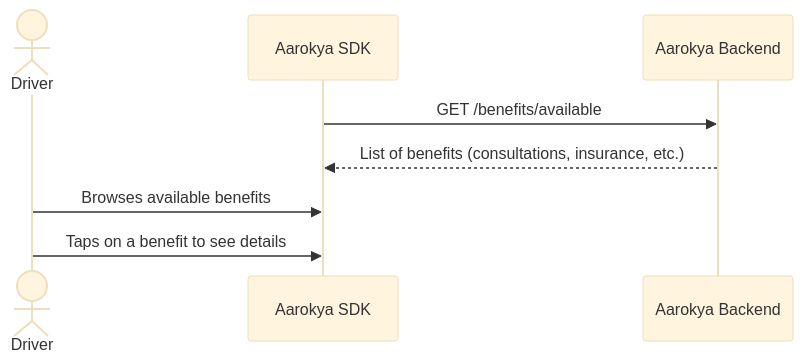
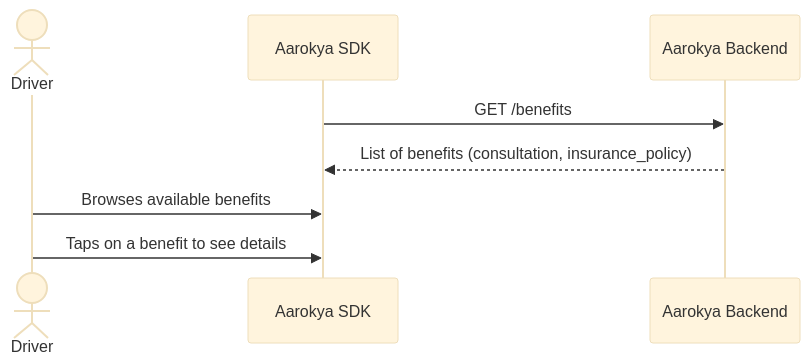
One commit to anu19981/aarokya-backend changed the fourth of 11 diagrams in api-reference/architecture/screen-flows.mdx. Above: the diagram before and after it, drawn with Mermaid (base theme). The commit also changed other lines of this file and 82 other files, not shown here.

Commit message:
sync: update api-reference from aarokya-agentic-app

````diff
--- a/api-reference/architecture/screen-flows.mdx
+++ b/api-reference/architecture/screen-flows.mdx
@@ -115,11 +118,11 @@
 ```mermaid
 sequenceDiagram
     actor Driver
     participant App as Aarokya SDK
     participant API as Aarokya Backend
 
-    App->>API: GET /benefits/available
-    API-->>App: List of benefits (consultations, insurance, etc.)
+    App->>API: GET /benefits
+    API-->>App: List of benefits (consultation, insurance_policy)
     Driver->>App: Browses available benefits
     Driver->>App: Taps on a benefit to see details
 ```
````
